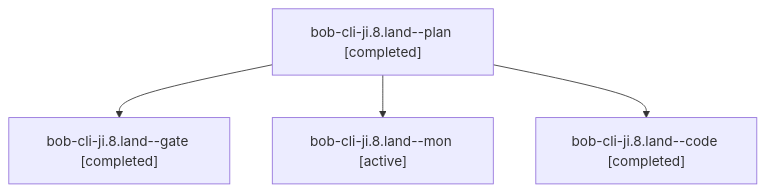
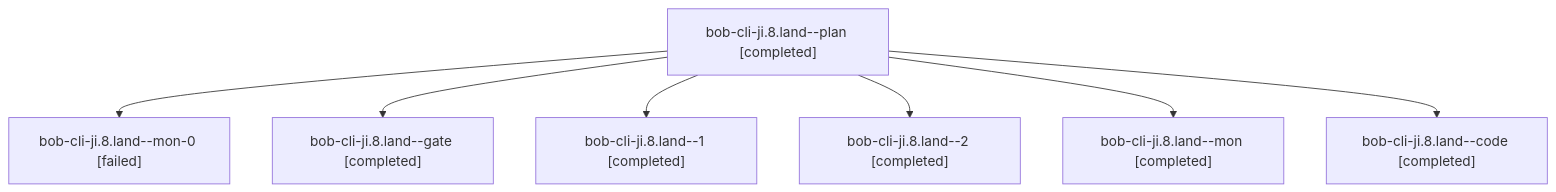
One commit to bobs-org/bob-cli--agents changed the diagram in sessions/bbugyi200.apollo.bob-cli-ji.8.land.md. Above: the diagram before and after it, drawn with Mermaid. The commit also changed other lines of this file and 104 other files, not shown here.

````diff
--- a/sessions/bbugyi200.apollo.bob-cli-ji.8.land.md
+++ b/sessions/bbugyi200.apollo.bob-cli-ji.8.land.md
@@ -9,10 +9,16 @@
 ```mermaid
 flowchart TD
   n0["bob-cli-ji.8.land--plan [completed]"]
-  n1["bob-cli-ji.8.land--gate [completed]"]
+  n1["bob-cli-ji.8.land--mon-0 [failed]"]
   n0 --> n1
-  n2["bob-cli-ji.8.land--mon [active]"]
+  n2["bob-cli-ji.8.land--gate [completed]"]
   n0 --> n2
-  n3["bob-cli-ji.8.land--code [completed]"]
+  n3["bob-cli-ji.8.land--1 [completed]"]
   n0 --> n3
+  n4["bob-cli-ji.8.land--2 [completed]"]
+  n0 --> n4
+  n5["bob-cli-ji.8.land--mon [completed]"]
+  n0 --> n5
+  n6["bob-cli-ji.8.land--code [completed]"]
+  n0 --> n6
 ```
````
